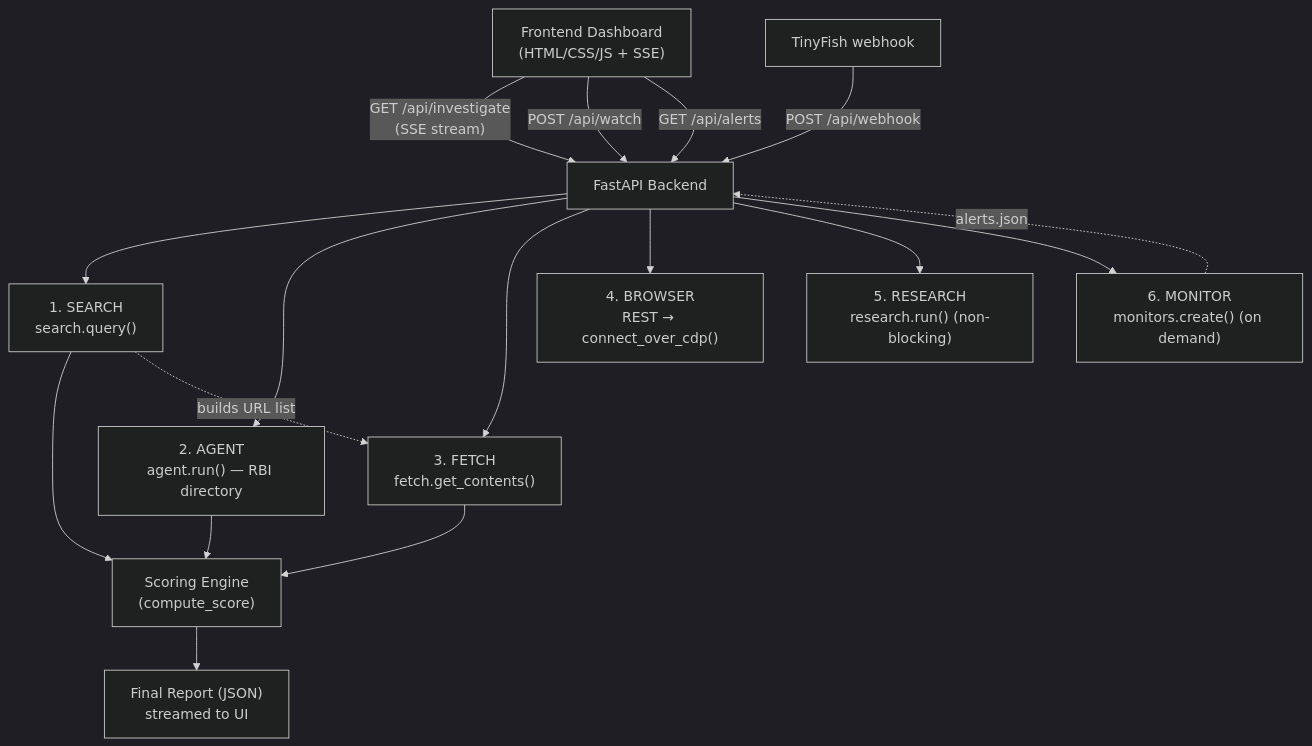
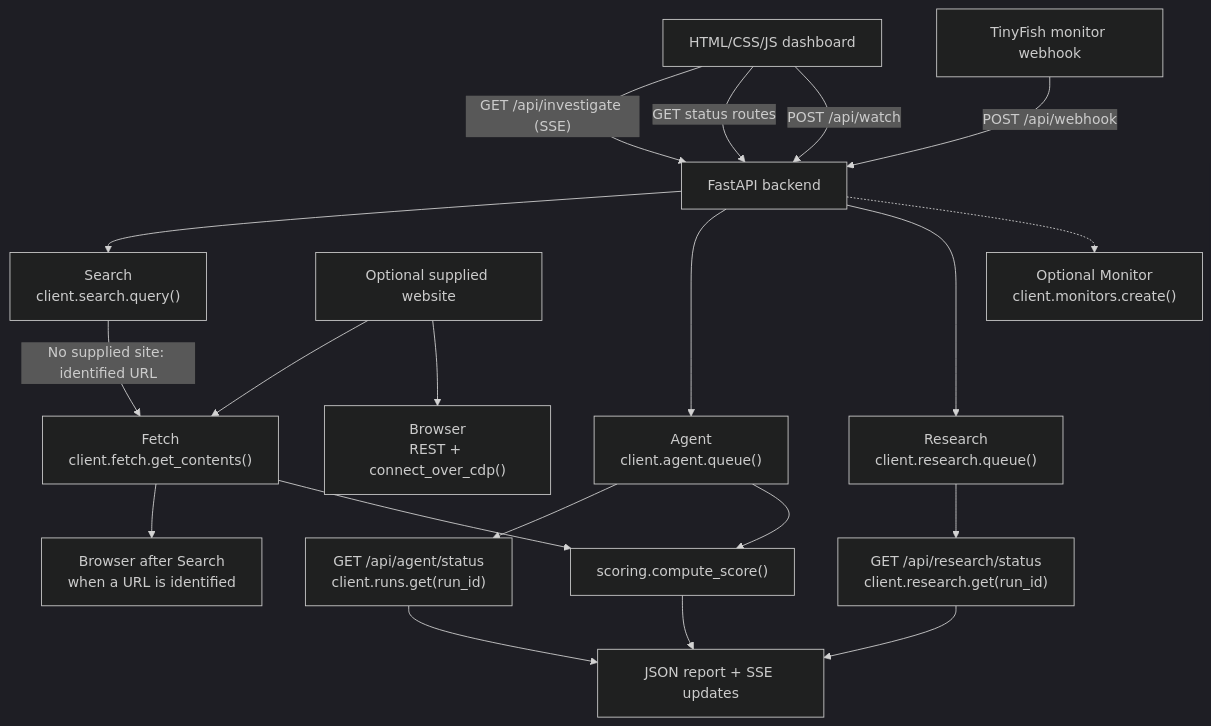
Before and after one commit to hemant2186/LoanGuard: the diagram in README.md, drawn with Mermaid (dark theme). The commit also changed other lines of this file, not shown here.

````diff
--- a/README.md
+++ b/README.md
@@ -32,21 +59,23 @@
 ```mermaid
 flowchart TD
-    UI["Frontend Dashboard\n(HTML/CSS/JS + SSE)"] -->|"GET /api/investigate\n(SSE stream)"| API["FastAPI Backend"]
+    UI["HTML/CSS/JS dashboard"] -->|"GET /api/investigate (SSE)"| API["FastAPI backend"]
+    UI -->|"GET status routes"| API
     UI -->|"POST /api/watch"| API
-    UI -->|"GET /api/alerts"| API
-    TF["TinyFish webhook"] -->|"POST /api/webhook"| API
+    TF["TinyFish monitor webhook"] -->|"POST /api/webhook"| API
 
-    API --> S1["1. SEARCH\nsearch.query()"]
-    API --> S2["2. AGENT\nagent.run() — RBI directory"]
-    API --> S3["3. FETCH\nfetch.get_contents()"]
-    API --> S4["4. BROWSER\nREST → connect_over_cdp()"]
-    API --> S5["5. RESEARCH\nresearch.run() (non-blocking)"]
-    API --> S6["6. MONITOR\nmonitors.create() (on demand)"]
-    S1 --> SC["Scoring Engine\n(compute_score)"]
-    S2 --> SC
-    S3 --> SC
-    SC --> RPT["Final Report (JSON)\nstreamed to UI"]
-
-    S1 -.->|"builds URL list"| S3
-    S6 -.->|"alerts.json"| API
+    API --> S["Search\nclient.search.query()"]
+    API --> A["Agent\nclient.agent.queue()"]
+    API --> R["Research\nclient.research.queue()"]
+    S -->|No supplied site: identified URL| F["Fetch\nclient.fetch.get_contents()"]
+    SITE["Optional supplied website"] --> F
+    SITE --> B["Browser\nREST + connect_over_cdp()"]
+    F --> B2["Browser after Search\nwhen a URL is identified"]
+    A --> AG["GET /api/agent/status\nclient.runs.get(run_id)"]
+    R --> RS["GET /api/research/status\nclient.research.get(run_id)"]
+    F --> SCORE["scoring.compute_score()"]
+    A --> SCORE
+    SCORE --> REPORT["JSON report + SSE updates"]
+    RS --> REPORT
+    AG --> REPORT
+    API -.-> M["Optional Monitor\nclient.monitors.create()"]
 ```
````
